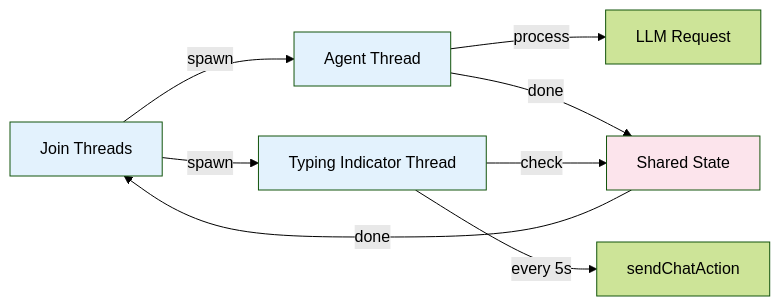
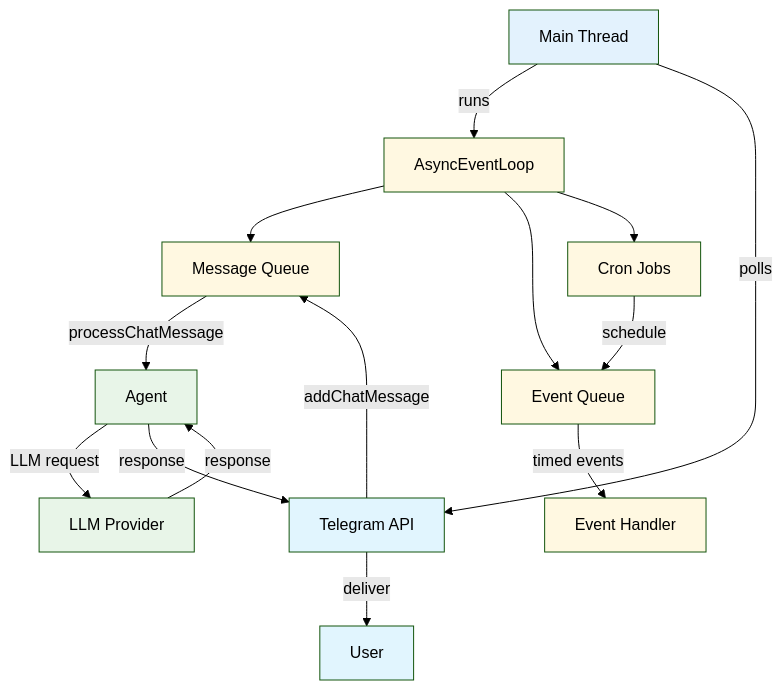
One commit to satibot/satibot changed the third of 4 diagrams in docs/TELEGRAM_BOT.md. Above: the diagram before and after it, drawn with Mermaid (forest theme). The commit also changed other lines of this file and 2 other files, not shown here.

First line of the commit message:
refactor: migrate Telegram bot to event loop-based architecture from synchronous threading model

````diff
--- a/docs/TELEGRAM_BOT.md
+++ b/docs/TELEGRAM_BOT.md
@@ -134,19 +154,38 @@
 ```mermaid
-graph LR
-    MAIN[Main Thread] --> |spawn| AGENT[Agent Thread]
-    MAIN --> |spawn| TYPING[Typing Indicator Thread]
+graph TB
+    %% Main Components
+    MAIN[Main Thread] --> |runs| EL[AsyncEventLoop]
+    MAIN --> |polls| TG[Telegram API]
     
-    AGENT --> |process| LLM[LLM Request]
-    TYPING --> |every 5s| TELEGRAM[sendChatAction]
+    %% Event Loop Processing
+    EL --> MSG_Q[Message Queue]
+    EL --> EVENT_Q[Event Queue]
+    EL --> CRON_Q[Cron Jobs]
     
-    AGENT --> |done| STATE[Shared State]
-    TYPING --> |check| STATE
+    %% Message Flow
+    TG --> |addChatMessage| MSG_Q
+    MSG_Q --> |processChatMessage| AGENT[Agent]
     
-    STATE --> |done| MAIN[Join Threads]
+    %% Event Processing
+    EVENT_Q --> |timed events| HANDLER[Event Handler]
+    CRON_Q --> |schedule| EVENT_Q
     
-    classDef thread fill:#e3f2fd
-    classDef shared fill:#fce4ec
+    %% Agent Processing
+    AGENT --> |LLM request| LLM[LLM Provider]
+    LLM --> |response| AGENT
     
-    class MAIN,AGENT,TYPING thread
-    class STATE shared
+    %% Response Flow
+    AGENT --> |response| TG
+    TG --> |deliver| USER[User]
+    
+    %% Styling
+    classDef main fill:#e3f2fd
+    classDef event fill:#fff8e1
+    classDef process fill:#e8f5e8
+    classDef external fill:#e1f5fe
+    
+    class MAIN main
+    class EL,MSG_Q,EVENT_Q,CRON_Q,HANDLER event
+    class AGENT,LLM process
+    class TG,USER external
 ```
````
